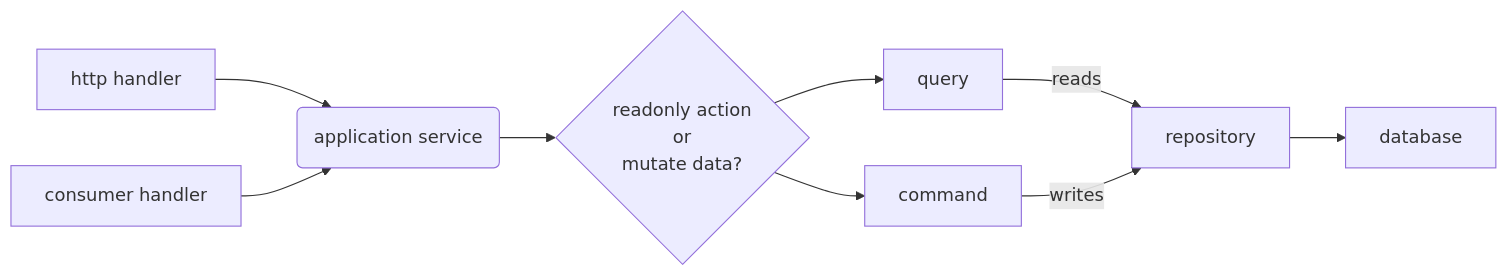
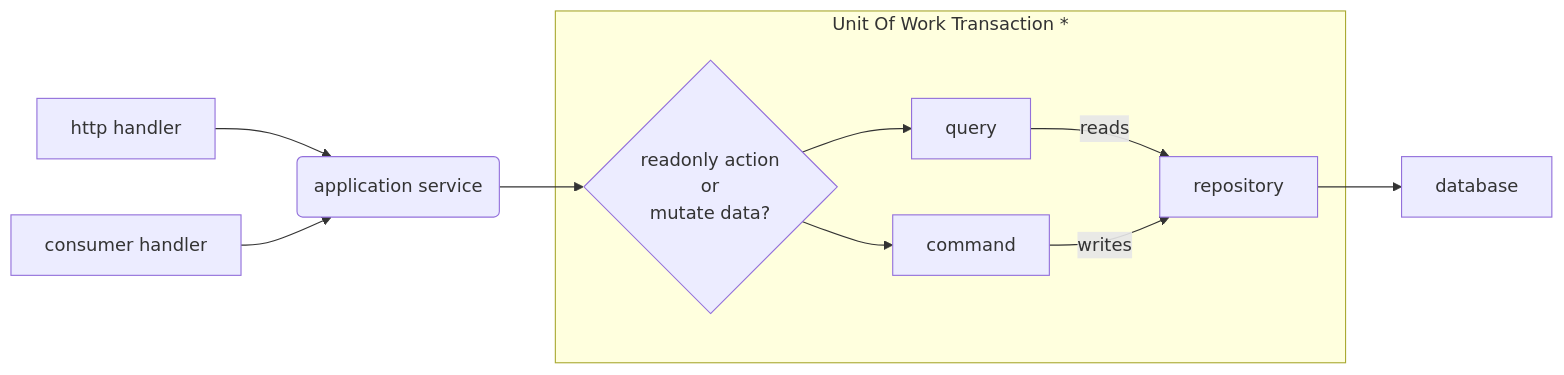
Before and after one commit to samuel-poirier/go-ref: the second of 2 diagrams in README.md, drawn with Mermaid. The commit also changed other lines of this file and 4 other files, not shown here.

Commit message:
Implement unit of work example

````diff
--- a/README.md
+++ b/README.md
@@ -37,11 +37,14 @@
 ```mermaid
   flowchart LR
     A.1[http handler] --> B(application service)
     A.2[consumer handler] --> B(application service)
     B --> C{readonly action <br>or <br>mutate data?}
-    C --> D[query]
-    C --> E[command]
-    D -->|reads| F[repository]
-    E -->|writes| F[repository]
+    subgraph uow[Unit Of Work Transaction *]
+        C --> D[query]
+        C --> E[command]
+        D -->|reads| F[repository]
+        E -->|writes| F[repository]
+    end
     F --> G[database]
+
 ```
````
